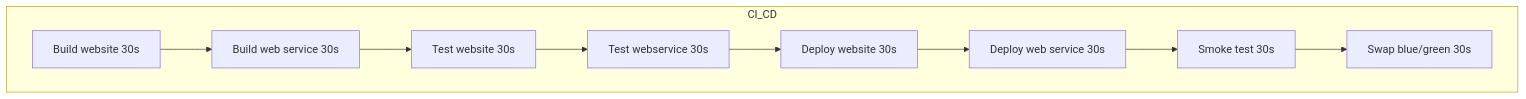
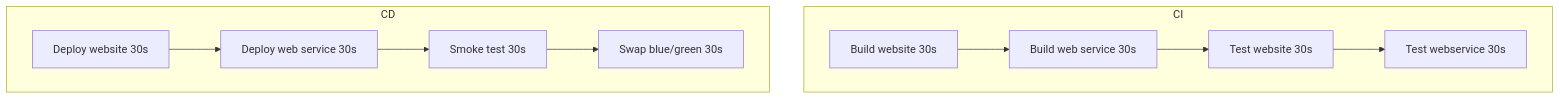
The first of 2 diagrams in README.md (samsmithnz/ParallelPipelinesDemo), drawn with Mermaid before and after one commit.

````diff
--- a/README.md
+++ b/README.md
@@ -5,6 +5,9 @@
 ```mermaid
   graph TD;
-      subgraph CI_CD
-        buildweb[Build website 30s]-->buildwebservice[Build web service 30s]-->testWebsite[Test website 30s]-->testsWebservice[Test webservice 30s]-->deployWebsite[Deploy website 30s]-->deployWebService[Deploy web service 30s]-->smoke[Smoke test 30s]-->swap[Swap blue/green 30s];
+      subgraph CI
+        buildweb[Build website 30s]-->buildwebservice[Build web service 30s]-->testWebsite[Test website 30s]-->testsWebservice[Test webservice 30s];
+      end
+      subgraph CD
+        deployWebsite[Deploy website 30s]-->deployWebService[Deploy web service 30s]-->smoke[Smoke test 30s]-->swap[Swap blue/green 30s];
       end
 ```
````
